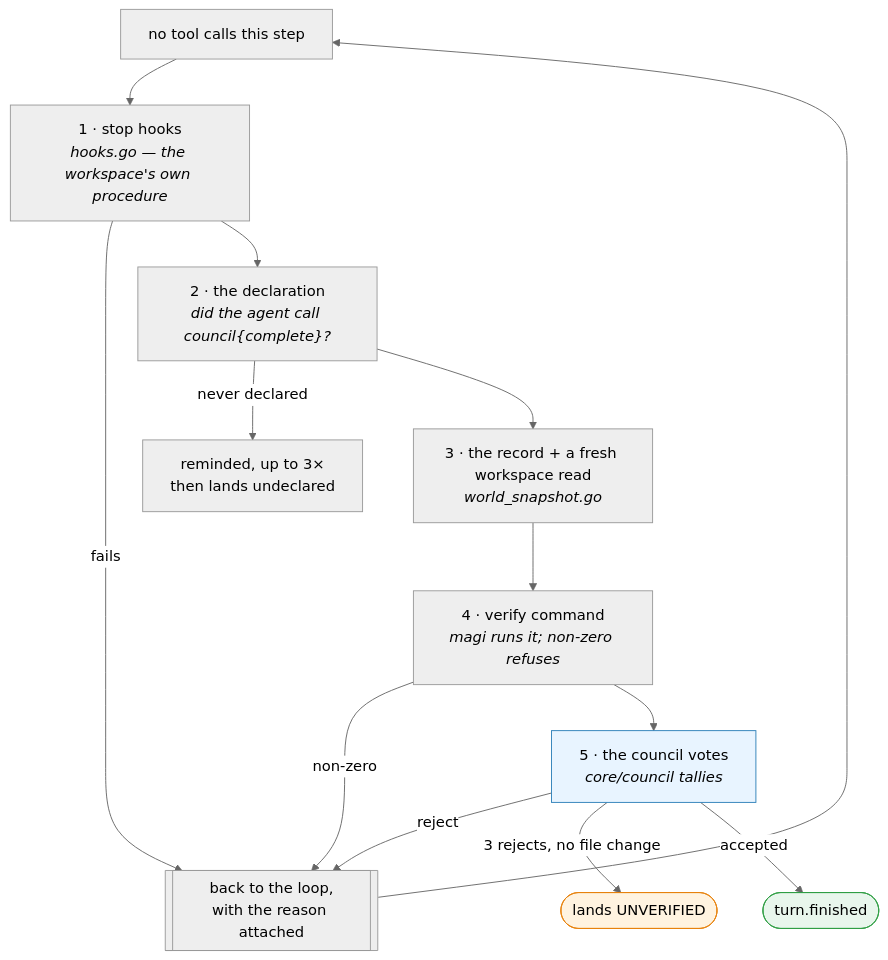
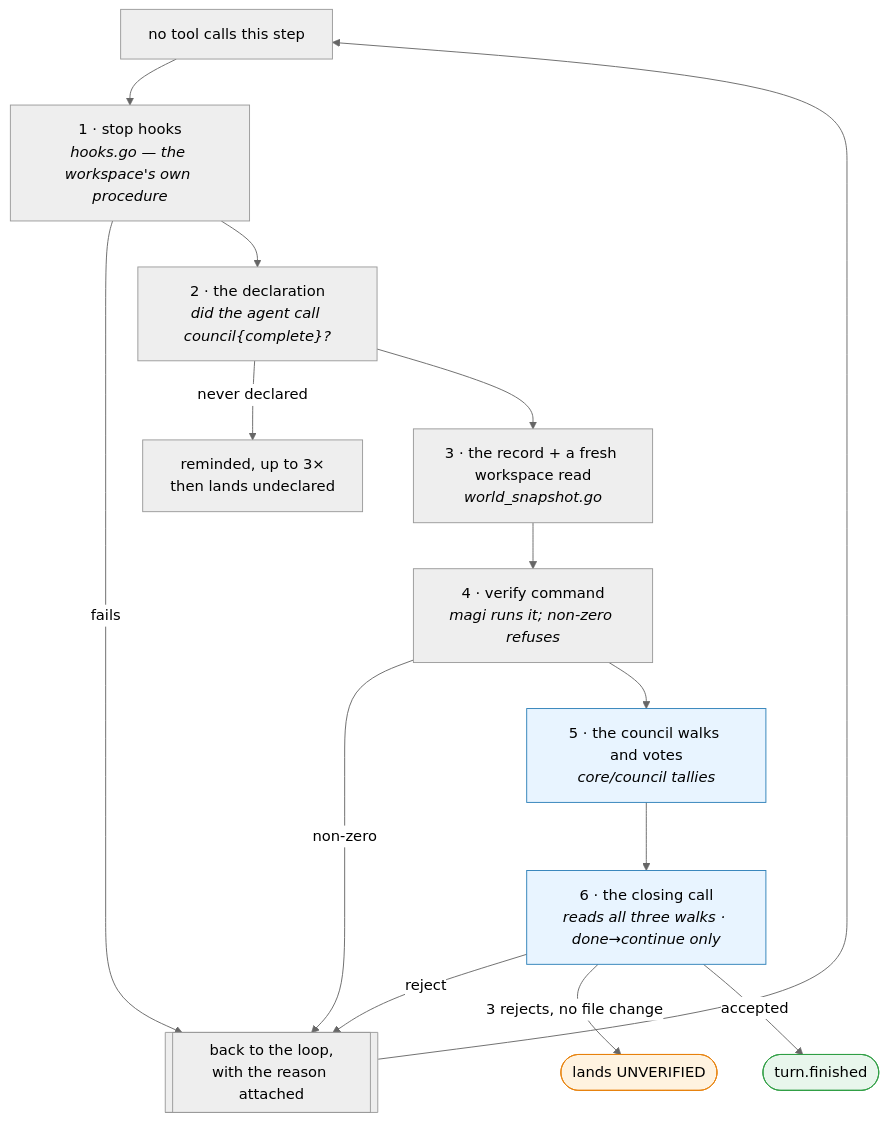
Before and after one commit to sayaya1090/magi: the fifth of 6 diagrams in docs/ARCHITECTURE.md, drawn with Mermaid (neutral theme). The commit also changed other lines of this file and 11 other files, not shown here.

First line of the commit message:
docs: the route, the walk, and the closing call

````diff
--- a/docs/ARCHITECTURE.md
+++ b/docs/ARCHITECTURE.md
@@ -577,19 +577,21 @@
 ```mermaid
 flowchart TD
     Z[no tool calls this step] --> H1["1 · stop hooks<br/><i>hooks.go — the workspace's own procedure</i>"]
     H1 -->|fails| BACK[["back to the loop,<br/>with the reason attached"]]
     H1 --> H2["2 · the declaration<br/><i>did the agent call council{complete}?</i>"]
     H2 -->|never declared| REM["reminded, up to 3×<br/>then lands undeclared"]
     H2 --> H3["3 · the record + a fresh workspace read<br/><i>world_snapshot.go</i>"]
     H3 --> H4["4 · verify command<br/><i>magi runs it; non-zero refuses</i>"]
     H4 -->|non-zero| BACK
-    H4 --> H5["5 · the council votes<br/><i>core/council tallies</i>"]
-    H5 -->|reject| BACK
-    H5 -->|3 rejects, no file change| UNV([lands UNVERIFIED])
-    H5 -->|accepted| END([turn.finished])
+    H4 --> H5["5 · the council walks and votes<br/><i>core/council tallies</i>"]
+    H5 --> H6["6 · the closing call<br/><i>reads all three walks · done→continue only</i>"]
+    H6 -->|reject| BACK
+    H6 -->|3 rejects, no file change| UNV([lands UNVERIFIED])
+    H6 -->|accepted| END([turn.finished])
     BACK --> Z
 
     style END fill:#e8f6ec,stroke:#2f9e44
     style UNV fill:#fff3e0,stroke:#e8820c
     style H5 fill:#e8f4ff,stroke:#2c7fb8
+    style H6 fill:#e8f4ff,stroke:#2c7fb8
 ```
````
